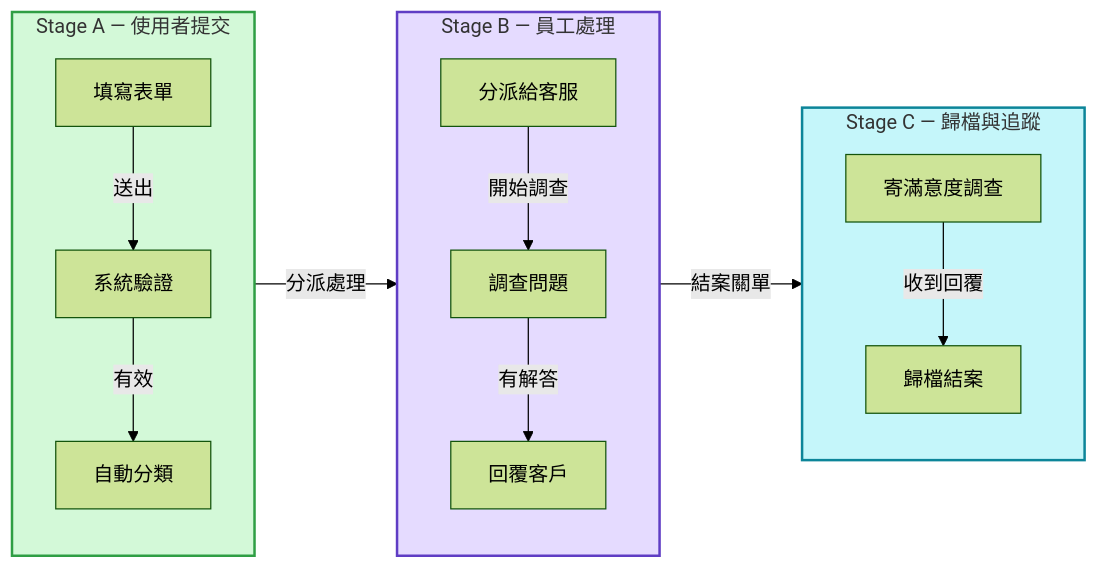
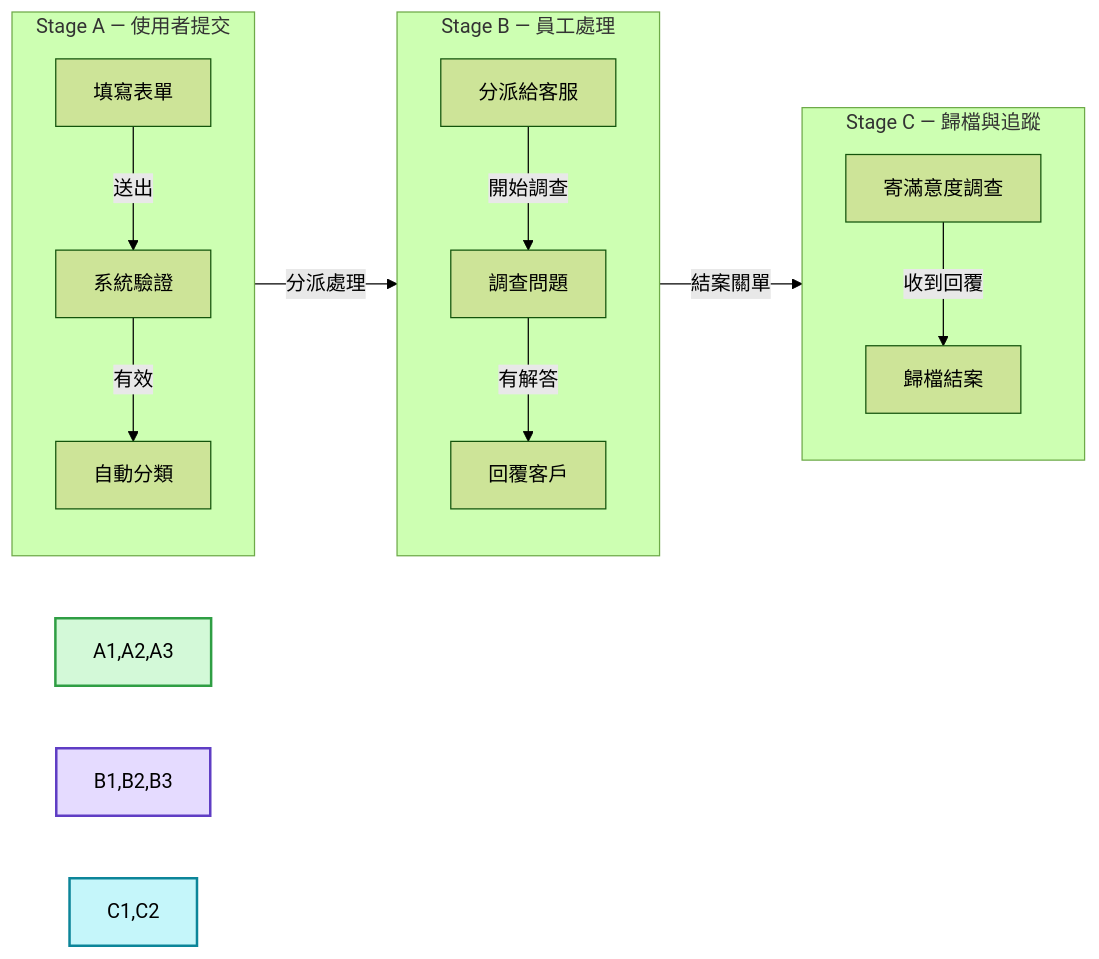
One commit to kouko/monkey-skills changed diagram 14 of 15 in obsidian/skills/obsidian-mermaid-visualizer/flow/flowchart.md. Above: the diagram before and after it, drawn with Mermaid (forest theme). The commit also changed other lines of this file, not shown here.

````diff
--- a/obsidian/skills/obsidian-mermaid-visualizer/flow/flowchart.md
+++ b/obsidian/skills/obsidian-mermaid-visualizer/flow/flowchart.md
@@ -279,26 +279,26 @@
 ```mermaid
 graph LR
     subgraph stageA["Stage A — 使用者提交"]
         direction TB
         A1["填寫表單"] -->|"送出"| A2["系統驗證"]
         A2 -->|"有效"| A3["自動分類"]
     end
 
     subgraph stageB["Stage B — 員工處理"]
         direction TB
         B1["分派給客服"] -->|"開始調查"| B2["調查問題"]
         B2 -->|"有解答"| B3["回覆客戶"]
     end
 
     subgraph stageC["Stage C — 歸檔與追蹤"]
         direction TB
         C1["寄滿意度調查"] -->|"收到回覆"| C2["歸檔結案"]
     end
 
     stageA -->|"分派處理"| stageB
     stageB -->|"結案關單"| stageC
 
-    style stageA fill:#d3f9d8,stroke:#2f9e44,stroke-width:2px
-    style stageB fill:#e5dbff,stroke:#5f3dc4,stroke-width:2px
-    style stageC fill:#c5f6fa,stroke:#0c8599,stroke-width:2px
+    style A1,A2,A3 fill:#d3f9d8,stroke:#2f9e44,stroke-width:2px
+    style B1,B2,B3 fill:#e5dbff,stroke:#5f3dc4,stroke-width:2px
+    style C1,C2 fill:#c5f6fa,stroke:#0c8599,stroke-width:2px
 ```
````
